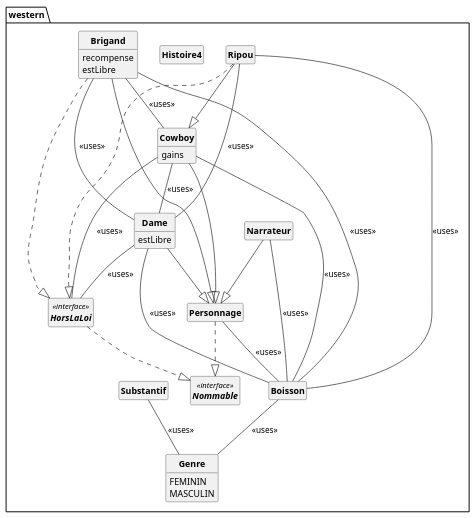
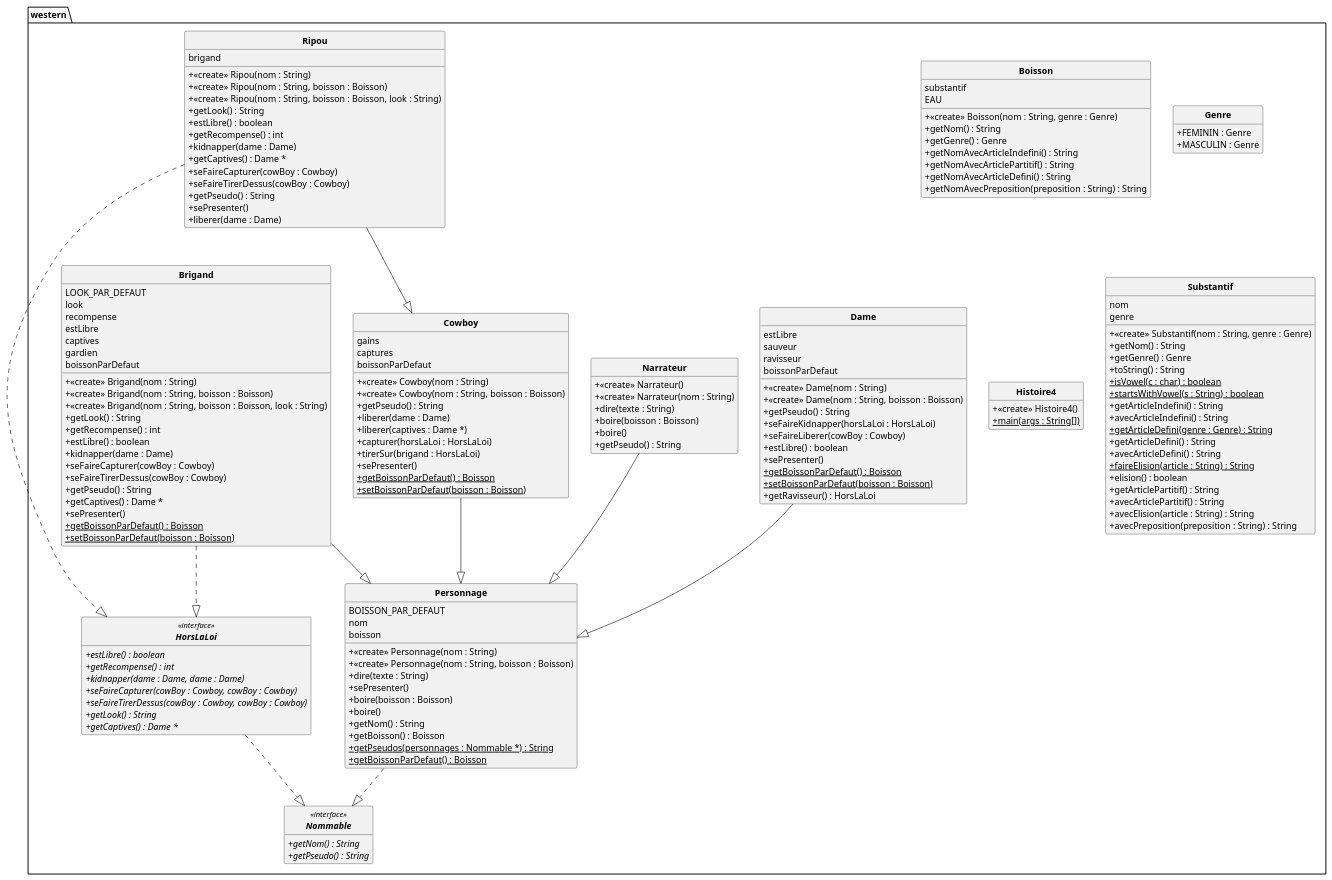
Before and after one commit to DimToups/Java-to-PUML-converter: the diagram in out/production/p21_projet/pumlFromJava/westernClass.puml, drawn with PlantUML. The commit also changed 6 other files, not shown here.

Commit message:
[Semaine5] Ajout de la fonctionnalité de selection des attributs associés lors de la génération du diagramme

```diff
--- a/out/production/p21_projet/pumlFromJava/westernClass.puml
+++ b/out/production/p21_projet/pumlFromJava/westernClass.puml
@@ -8,81 +8,195 @@
 
 package western{
 class Boisson{
+substantif
+EAU
++ <<create>> Boisson(nom : String, genre : Genre)
++ getNom() : String
++ getGenre() : Genre
++ getNomAvecArticleIndefini() : String
++ getNomAvecArticlePartitif() : String
++ getNomAvecArticleDefini() : String
++ getNomAvecPreposition(preposition : String) : String
 }
+
 class Brigand{
+LOOK_PAR_DEFAUT
+look
 recompense
 estLibre
+captives
+gardien
+boissonParDefaut
++ <<create>> Brigand(nom : String)
++ <<create>> Brigand(nom : String, boisson : Boisson)
++ <<create>> Brigand(nom : String, boisson : Boisson, look : String)
++ getLook() : String
++ getRecompense() : int
++ estLibre() : boolean
++ kidnapper(dame : Dame)
++ seFaireCapturer(cowBoy : Cowboy)
++ seFaireTirerDessus(cowBoy : Cowboy)
++ getPseudo() : String
++ getCaptives() : Dame *
++ sePresenter()
++ getBoissonParDefaut() {static} : Boisson
++ setBoissonParDefaut(boisson : Boisson) {static}
 }
+
 class Cowboy{
 gains
+captures
+boissonParDefaut
++ <<create>> Cowboy(nom : String)
++ <<create>> Cowboy(nom : String, boisson : Boisson)
++ getPseudo() : String
++ liberer(dame : Dame)
++ liberer(captives : Dame *)
++ capturer(horsLaLoi : HorsLaLoi)
++ tirerSur(brigand : HorsLaLoi)
++ sePresenter()
++ getBoissonParDefaut() {static} : Boisson
++ setBoissonParDefaut(boisson : Boisson) {static}
 }
+
 class Dame{
 estLibre
-}
-class Genre{
-FEMININ
-MASCULIN
-}
-class Histoire4{
-}
-interface HorsLaLoi<<interface>>{
-}
-class Narrateur{
-}
-interface Nommable<<interface>>{
-}
-class Personnage{
-}
-class Ripou{
-}
-class Substantif{
+sauveur
+ravisseur
+boissonParDefaut
++ <<create>> Dame(nom : String)
++ <<create>> Dame(nom : String, boisson : Boisson)
++ getPseudo() : String
++ seFaireKidnapper(horsLaLoi : HorsLaLoi)
++ seFaireLiberer(cowBoy : Cowboy)
++ estLibre() : boolean
++ sePresenter()
++ getBoissonParDefaut() {static} : Boisson
++ setBoissonParDefaut(boisson : Boisson) {static}
++ getRavisseur() : HorsLaLoi
 }
 
-Boisson -- Genre : <<uses>>
+class Genre{
++ FEMININ : Genre
++ MASCULIN : Genre
+}
+
+class Histoire4{
++ <<create>> Histoire4()
++ main(args : String[]) {static}
+}
+
+interface HorsLaLoi<<interface>>{
++ estLibre() {abstract} : boolean
++ getRecompense() {abstract} : int
++ kidnapper(dame : Dame, dame : Dame) {abstract}
++ seFaireCapturer(cowBoy : Cowboy, cowBoy : Cowboy) {abstract}
++ seFaireTirerDessus(cowBoy : Cowboy, cowBoy : Cowboy) {abstract}
++ getLook() {abstract} : String
++ getCaptives() {abstract} : Dame *
+}
+
+class Narrateur{
++ <<create>> Narrateur()
++ <<create>> Narrateur(nom : String)
++ dire(texte : String)
++ boire(boisson : Boisson)
++ boire()
++ getPseudo() : String
+}
+
+interface Nommable<<interface>>{
++ getNom() {abstract} : String
++ getPseudo() {abstract} : String
+}
+
+class Personnage{
+BOISSON_PAR_DEFAUT
+nom
+boisson
++ <<create>> Personnage(nom : String)
++ <<create>> Personnage(nom : String, boisson : Boisson)
++ dire(texte : String)
++ sePresenter()
++ boire(boisson : Boisson)
++ boire()
++ getNom() : String
++ getBoisson() : Boisson
++ getPseudos(personnages : Nommable *) {static} : String
++ getBoissonParDefaut() {static} : Boisson
+}
+
+class Ripou{
+brigand
++ <<create>> Ripou(nom : String)
++ <<create>> Ripou(nom : String, boisson : Boisson)
++ <<create>> Ripou(nom : String, boisson : Boisson, look : String)
++ getLook() : String
++ estLibre() : boolean
++ getRecompense() : int
++ kidnapper(dame : Dame)
++ getCaptives() : Dame *
++ seFaireCapturer(cowBoy : Cowboy)
++ seFaireTirerDessus(cowBoy : Cowboy)
++ getPseudo() : String
++ sePresenter()
++ liberer(dame : Dame)
+}
+
+class Substantif{
+nom
+genre
++ <<create>> Substantif(nom : String, genre : Genre)
++ getNom() : String
++ getGenre() : Genre
++ toString() : String
++ isVowel(c : char) {static} : boolean
++ startsWithVowel(s : String) {static} : boolean
++ getArticleIndefini() : String
++ avecArticleIndefini() : String
++ getArticleDefini(genre : Genre) {static} : String
++ getArticleDefini() : String
++ avecArticleDefini() : String
++ faireElision(article : String) {static} : String
++ elision() : boolean
++ getArticlePartitif() : String
++ avecArticlePartitif() : String
++ avecElision(article : String) : String
++ avecPreposition(preposition : String) : String
+}
+
+
 
 Brigand --|> Personnage
 
 Brigand ..|> HorsLaLoi
 
-Brigand -- Boisson : <<uses>>
 
-Brigand -- Dame : <<uses>>
 
-Brigand -- Cowboy : <<uses>>
 
 Cowboy --|> Personnage
 
-Cowboy -- Boisson : <<uses>>
 
-Cowboy -- Dame : <<uses>>
 
-Cowboy -- HorsLaLoi : <<uses>>
 
 Dame --|> Personnage
 
-Dame -- Boisson : <<uses>>
 
-Dame -- HorsLaLoi : <<uses>>
 
 HorsLaLoi ..|> Nommable
 
 Narrateur --|> Personnage
 
-Narrateur -- Boisson : <<uses>>
 
 Personnage ..|> Nommable
 
-Personnage -- Boisson : <<uses>>
 
 Ripou --|> Cowboy
 
 Ripou ..|> HorsLaLoi
 
-Ripou -- Boisson : <<uses>>
 
-Ripou -- Dame : <<uses>>
 
-Substantif -- Genre : <<uses>>
 
 }
 @enduml
```
